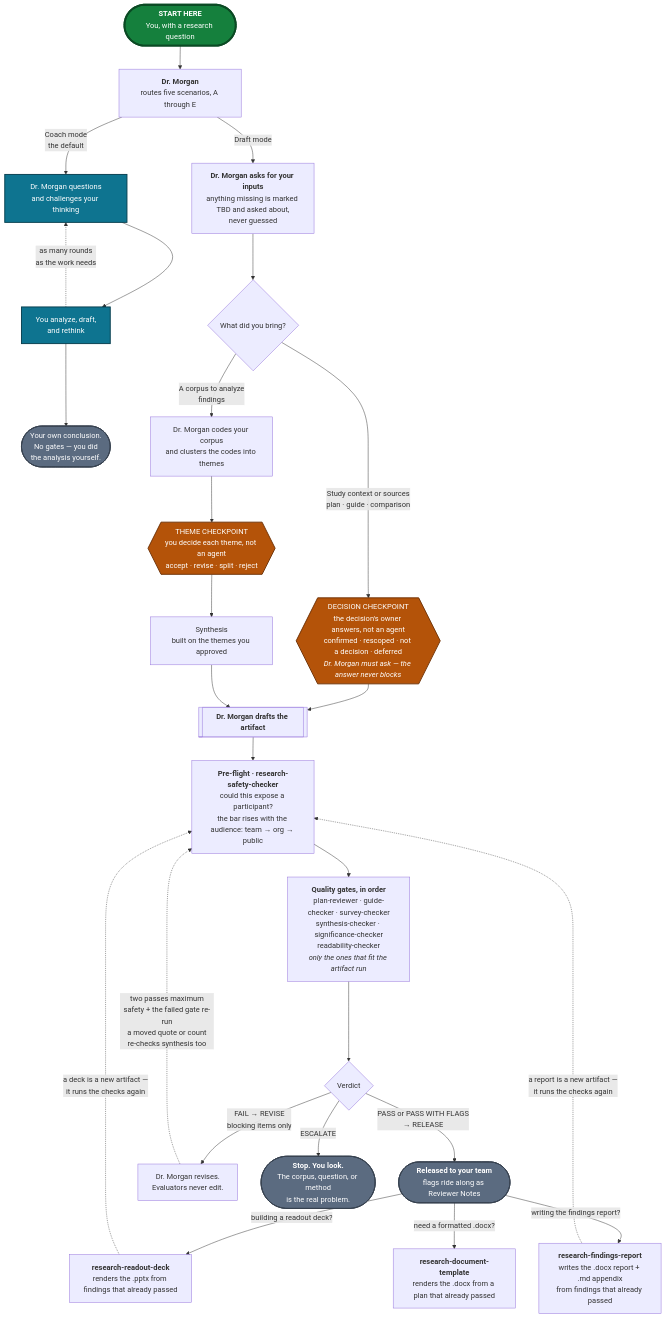
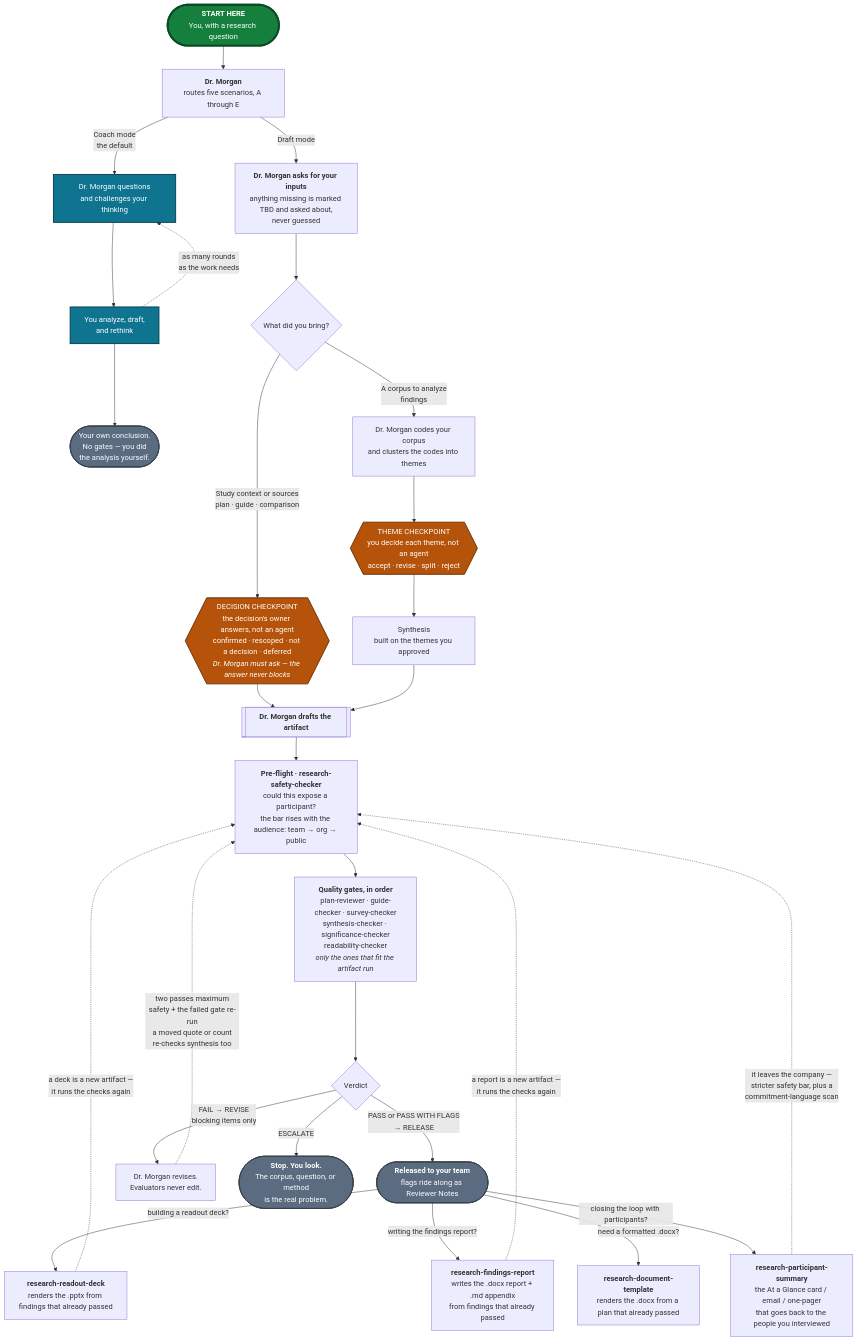
The diagram in README.md (kirstenhosic/UX-Research-Skills-IBM-Secure), drawn with Mermaid before and after one commit. The commit also changed other lines of this file and 8 other files, not shown here.

````diff
--- a/README.md
+++ b/README.md
@@ -230,56 +243,59 @@
 ```mermaid
 flowchart TD
     START(["<b>START HERE</b><br/>You, with a research question"])
     START --> DM
 
     DM["<b>Dr. Morgan</b><br/>routes five scenarios, A through E"]
 
     DM -->|"Coach mode<br/>the default"| COACH["Dr. Morgan questions<br/>and challenges your thinking"]
     COACH --> WORK["You analyze, draft,<br/>and rethink"]
     WORK -.->|"as many rounds<br/>as the work needs"| COACH
     WORK --> ENDC(["Your own conclusion.<br/>No gates — you did<br/>the analysis yourself."])
 
     DM -->|"Draft mode"| IN["<b>Dr. Morgan asks for your inputs</b><br/>anything missing is marked TBD and asked about,<br/>never guessed"]
     IN --> Q{"What did you bring?"}
 
     ART[["<b>Dr. Morgan drafts the artifact</b>"]]
     CL["Dr. Morgan codes your corpus<br/>and clusters the codes into themes"]
 
     Q -->|"Study context or sources<br/>plan · guide · comparison"| DC
     Q -->|"A corpus to analyze<br/>findings"| CL
 
     DC{{"DECISION CHECKPOINT<br/>the decision's owner answers, not an agent<br/>confirmed · rescoped · not a decision · deferred<br/><i>Dr. Morgan must ask — the answer never blocks</i>"}}
     DC --> ART
 
     CL --> TC{{"THEME CHECKPOINT<br/>you decide each theme, not an agent<br/>accept · revise · split · reject"}}
     TC --> SY["Synthesis<br/>built on the themes you approved"]
     SY --> ART
 
     ART --> PF["<b>Pre-flight · research-safety-checker</b><br/>could this expose a participant?<br/>the bar rises with the audience: team → org → public"]
     PF --> G["<b>Quality gates, in order</b><br/>plan-reviewer · guide-checker · survey-checker<br/>synthesis-checker · significance-checker<br/>readability-checker<br/><i>only the ones that fit the artifact run</i>"]
     G --> V{"Verdict"}
 
     V -->|"PASS or PASS WITH FLAGS<br/>→ RELEASE"| ENDR(["<b>Released to your team</b><br/>flags ride along as Reviewer Notes"])
 
     V -->|"FAIL → REVISE<br/>blocking items only"| RV["Dr. Morgan revises.<br/>Evaluators never edit."]
     RV -.->|"two passes maximum<br/>safety + the failed gate re-run<br/>a moved quote or count<br/>re-checks synthesis too"| PF
 
     V -->|"ESCALATE"| ENDE(["<b>Stop. You look.</b><br/>The corpus, question, or method<br/>is the real problem."])
 
     ENDR -->|"building a readout deck?"| SK["<b>research-readout-deck</b><br/>renders the .pptx from findings that already passed"]
     SK -.->|"a deck is a new artifact —<br/>it runs the checks again"| PF
 
     ENDR -->|"writing the findings report?"| RPT["<b>research-findings-report</b><br/>writes the .docx report + .md appendix<br/>from findings that already passed"]
     RPT -.->|"a report is a new artifact —<br/>it runs the checks again"| PF
 
     ENDR -->|"need a formatted .docx?"| DOC["<b>research-document-template</b><br/>renders the .docx from a plan that already passed"]
 
+    ENDR -->|"closing the loop with participants?"| PS["<b>research-participant-summary</b><br/>the At a Glance card / email / one-pager<br/>that goes back to the people you interviewed"]
+    PS -.->|"it leaves the company —<br/>stricter safety bar, plus a<br/>commitment-language scan"| PF
+
     classDef entry  fill:#15803D,stroke:#0B4A24,stroke-width:4px,color:#FFFFFF
     classDef coach  fill:#0E7490,stroke:#083F4F,stroke-width:2px,color:#FFFFFF
     classDef human  fill:#B45309,stroke:#6E3206,stroke-width:2px,color:#FFFFFF
     classDef ending fill:#5B6B80,stroke:#37424F,stroke-width:2px,color:#FFFFFF
     class START entry
     class COACH,WORK coach
     class TC,DC human
     class ENDC,ENDR,ENDE ending
 ```
````
